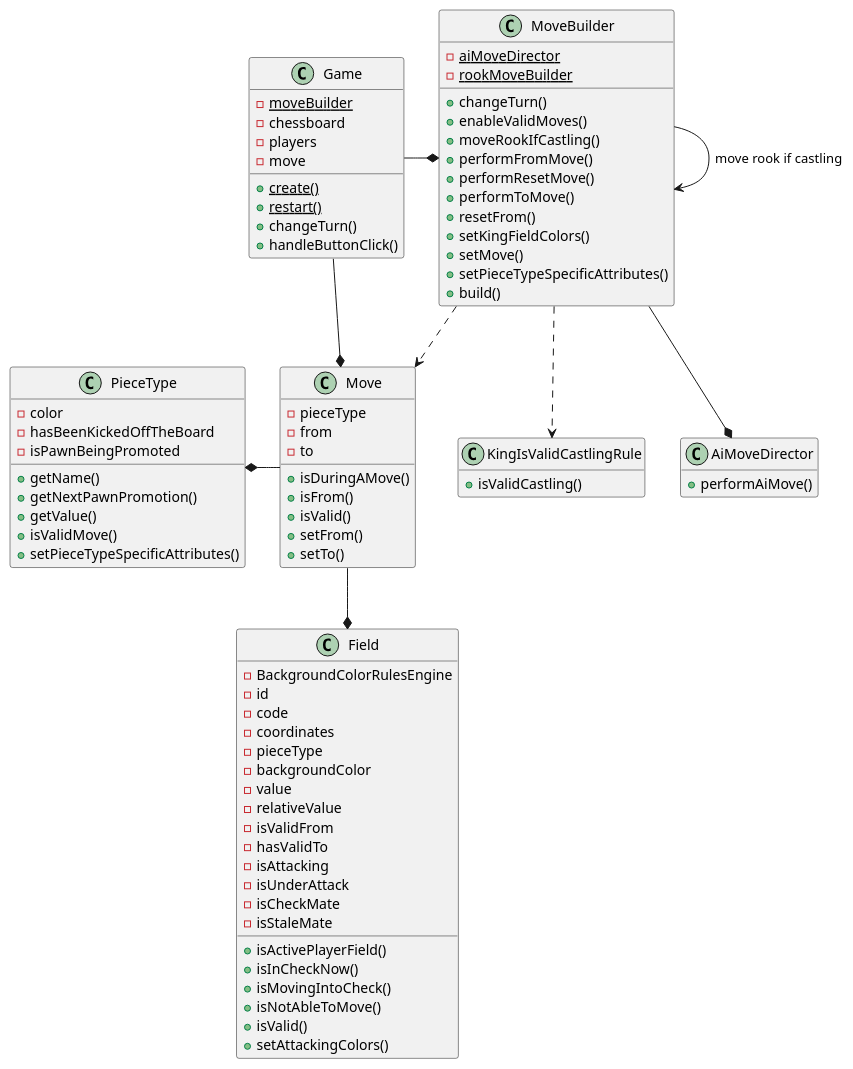
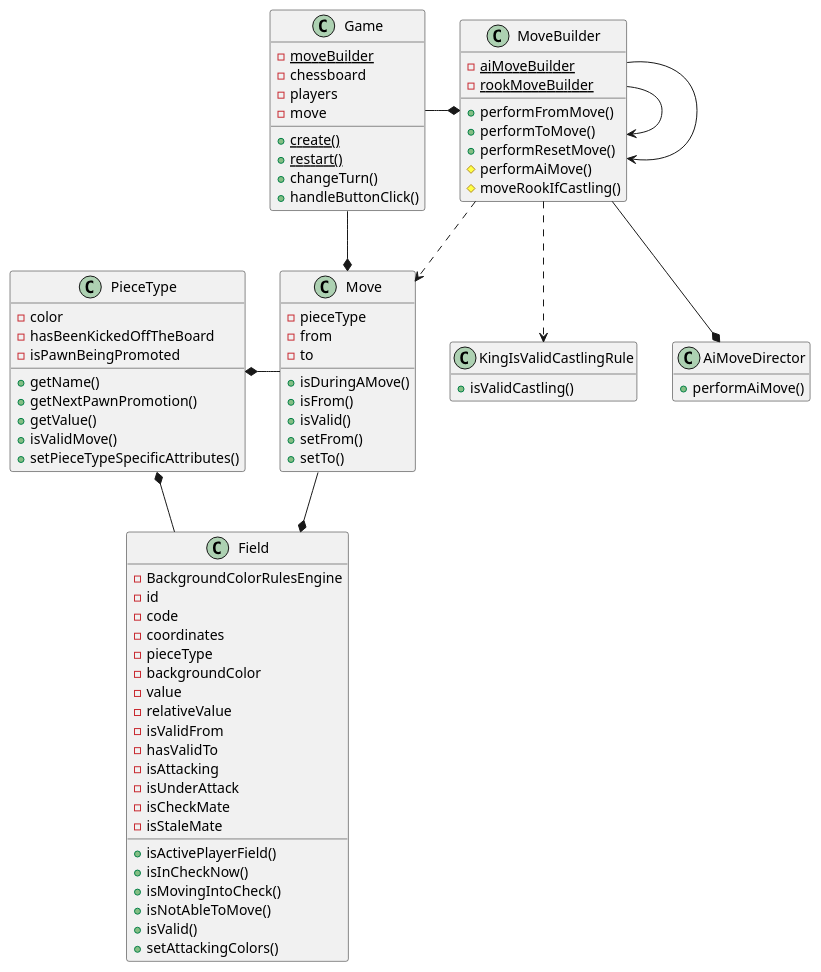
One commit to tiktaalick/chess-with-database changed the diagram in game/src/main/resources/uml/move.puml. Above: the diagram before and after it, drawn with PlantUML. The commit also changed 4 other files, not shown here.

```diff
--- a/game/src/main/resources/uml/move.puml
+++ b/game/src/main/resources/uml/move.puml
@@ -1,103 +1,99 @@
 @startuml
 
 '--------------'
 'Hidden members'
 '--------------'
 hide empty members
 
 '----'
 'Move'
 '----'
 class MoveBuilder {
-    - {static} aiMoveDirector
+    - {static} aiMoveBuilder
     - {static} rookMoveBuilder
-    + changeTurn()
-    + enableValidMoves()
-    + moveRookIfCastling()
     + performFromMove()
+    + performToMove()
     + performResetMove()
-    + performToMove()
-    + resetFrom()
-    + setKingFieldColors()
-    + setMove()
-    + setPieceTypeSpecificAttributes()
-    + build()
+    # performAiMove()
+    # moveRookIfCastling()
 }
 
 class Move {
     - pieceType
     - from
     - to
     + isDuringAMove()
     + isFrom()
     + isValid()
     + setFrom()
     + setTo()
 }
 
 class Game {
     - {static} moveBuilder
     - chessboard
     - players
     - move
     + {static} create()
     + {static} restart()
     + changeTurn()
     + handleButtonClick()
 }
 
 class KingIsValidCastlingRule {
     + isValidCastling()
 }
 
 class AiMoveDirector {
     + performAiMove()
 }
 
 class PieceType {
     - color
     - hasBeenKickedOffTheBoard
     - isPawnBeingPromoted
     + getName()
     + getNextPawnPromotion()
     + getValue()
     + isValidMove()
     + setPieceTypeSpecificAttributes()
 }
 
 class Field {
     - BackgroundColorRulesEngine
     - id
     - code
     - coordinates
     - pieceType
     - backgroundColor
     - value
     - relativeValue
     - isValidFrom
     - hasValidTo
     - isAttacking
     - isUnderAttack
     - isCheckMate
     - isStaleMate
     + isActivePlayerField()
     + isInCheckNow()
     + isMovingIntoCheck()
     + isNotAbleToMove()
     + isValid()
     + setAttackingColors()
 }
 
 '---------'
 'Relations'
 '---------'
 Game --* Move
 Game -right-* MoveBuilder
 MoveBuilder ..> KingIsValidCastlingRule
-MoveBuilder --> MoveBuilder : move rook if castling
+MoveBuilder --> MoveBuilder
+MoveBuilder --> MoveBuilder
 MoveBuilder -down-* AiMoveDirector
 MoveBuilder ..> Move
 Move -left-* PieceType
 Move --* Field
+Field --* PieceType
 
 @enduml
```
